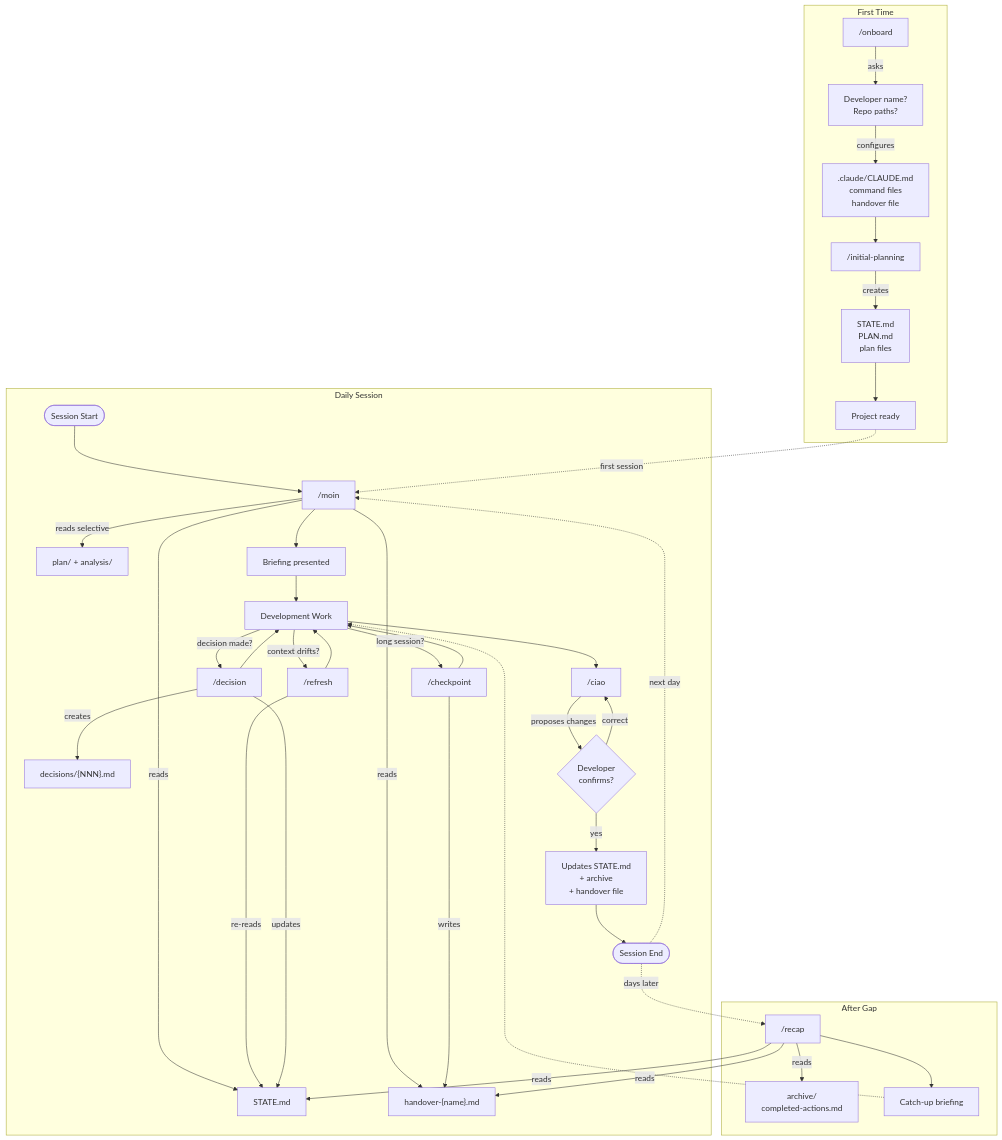
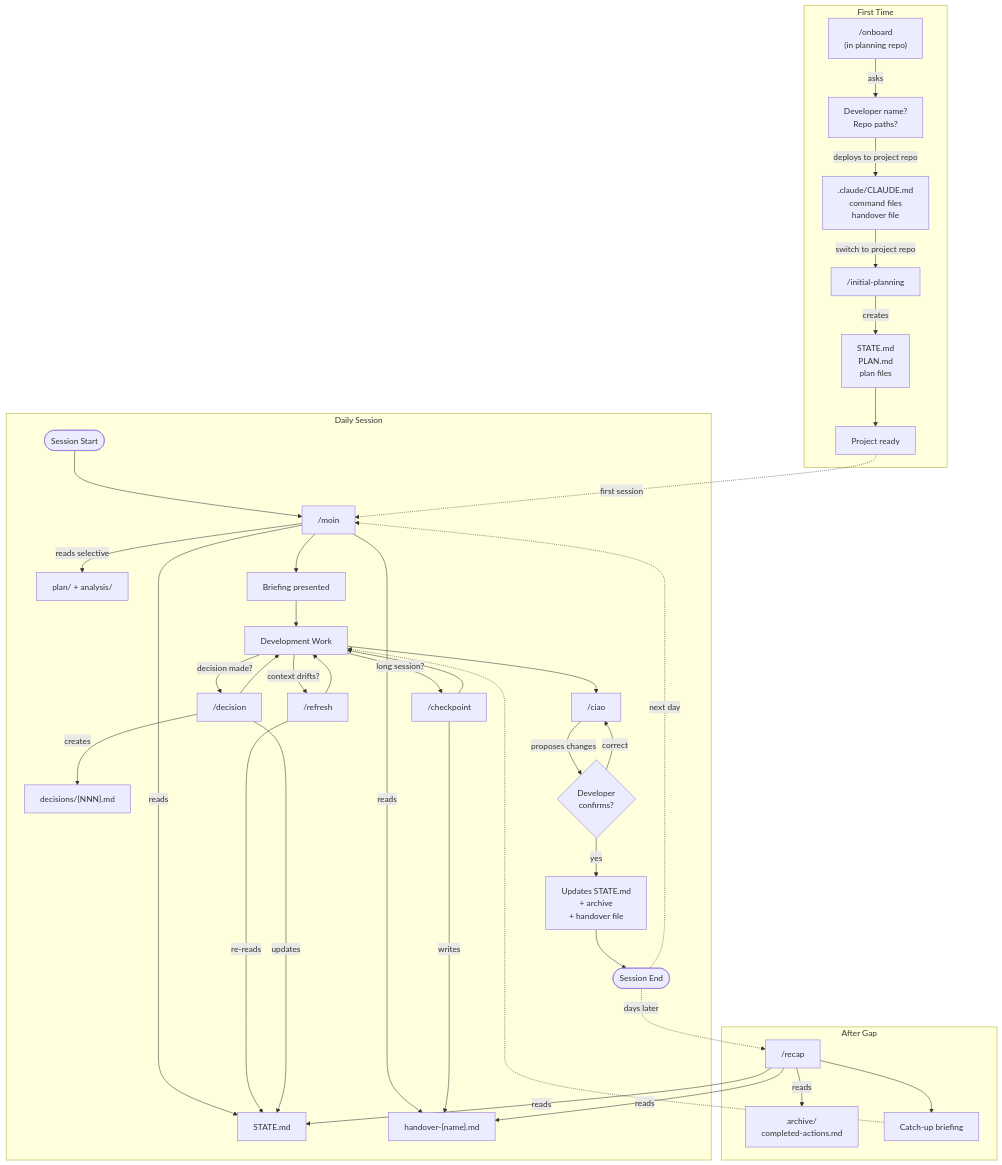
The diagram in README.md (Nowohier/AIPlanningPilot), drawn with Mermaid before and after one commit. The commit also changed other lines of this file and 1 other file, not shown here.

First line of the commit message:
Clarify onboarding: planning vs project repo separation

````diff
--- a/README.md
+++ b/README.md
@@ -148,53 +149,53 @@
 ```mermaid
 flowchart TD
     subgraph First Time
-        ON["/onboard"]
+        ON["/onboard<br/>(in planning repo)"]
         ON -->|asks| Q1["Developer name?<br/>Repo paths?"]
-        Q1 -->|configures| CF[".claude/CLAUDE.md<br/>command files<br/>handover file"]
-        CF --> IP["/initial-planning"]
+        Q1 -->|deploys to project repo| CF[".claude/CLAUDE.md<br/>command files<br/>handover file"]
+        CF -->|switch to project repo| IP["/initial-planning"]
         IP -->|creates| PF["STATE.md<br/>PLAN.md<br/>plan files"]
         PF --> READY["Project ready"]
     end
 
     subgraph Daily Session
         START(["Session Start"])
         START --> MOIN["/moin"]
         MOIN -->|reads| STATE["STATE.md"]
         MOIN -->|reads| HO["handover-{name}.md"]
         MOIN -->|reads selective| DOCS["plan/ + analysis/"]
         MOIN --> BRIEF["Briefing presented"]
         BRIEF --> WORK["Development Work"]
 
         WORK -->|context drifts?| REFRESH["/refresh"]
         REFRESH -->|re-reads| STATE
         REFRESH --> WORK
 
         WORK -->|decision made?| DECISION["/decision"]
         DECISION -->|creates| ADR["decisions/{NNN}.md"]
         DECISION -->|updates| STATE
         DECISION --> WORK
 
         WORK -->|long session?| CHECK["/checkpoint"]
         CHECK -->|writes| HO
         CHECK --> WORK
 
         WORK --> CIAO["/ciao"]
         CIAO -->|proposes changes| REVIEW{"Developer<br/>confirms?"}
         REVIEW -->|yes| WRITE["Updates STATE.md<br/>+ archive<br/>+ handover file"]
         REVIEW -->|correct| CIAO
         WRITE --> END(["Session End"])
     end
 
     subgraph After Gap
         RECAP["/recap"]
         RECAP -->|reads| STATE
         RECAP -->|reads| ARCH["archive/<br/>completed-actions.md"]
         RECAP -->|reads| HO
         RECAP --> CATCHUP["Catch-up briefing"]
     end
 
     READY -.->|first session| MOIN
     END -.->|next day| MOIN
     END -.->|days later| RECAP
     CATCHUP -.-> WORK
 ```
````
